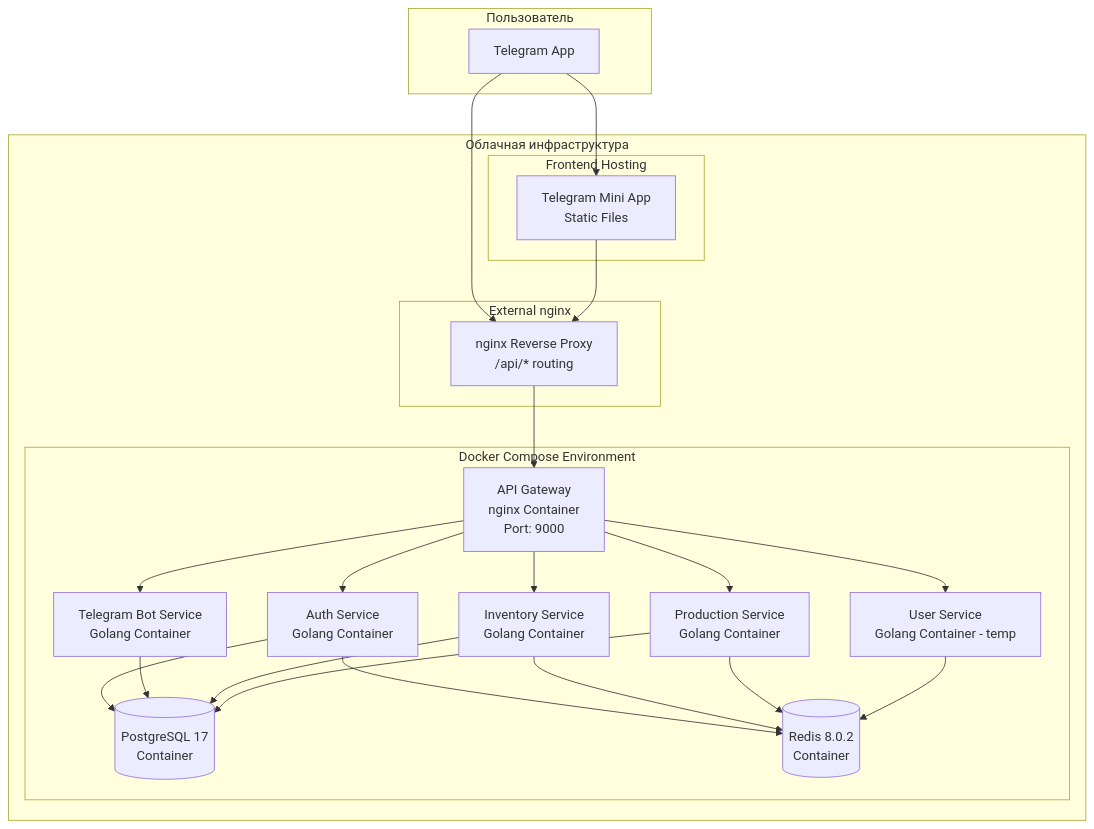
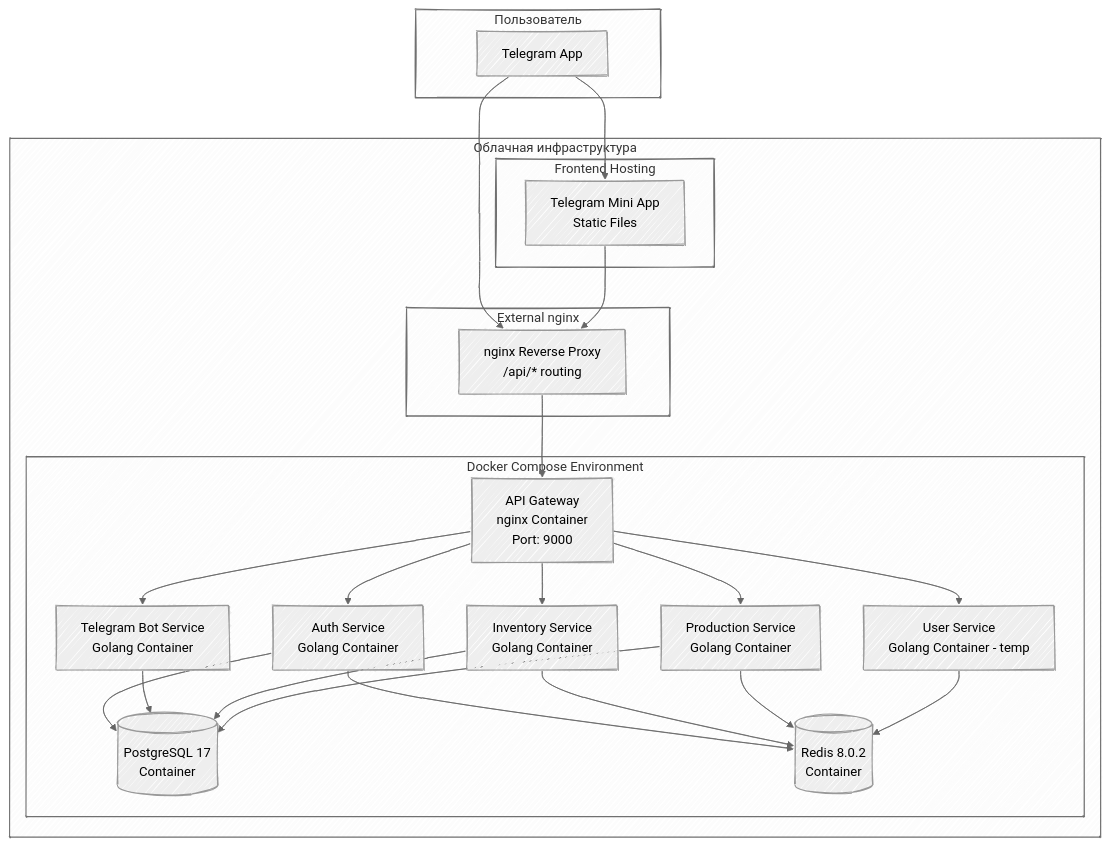
The second of 3 diagrams in docs/architecture/architecture.md (dpetrakov/shard_legends), drawn with Mermaid before and after one commit. The commit also changed other lines of this file and 9 other files, not shown here.

````diff
--- a/docs/architecture/architecture.md
+++ b/docs/architecture/architecture.md
@@ -328,46 +345,51 @@
 ```mermaid
+---
+config:
+  look: handDrawn
+  theme: neutral
+---
 graph TB
     subgraph "Пользователь"
         TG[Telegram App]
     end
     
     subgraph "Облачная инфраструктура"
         subgraph "External nginx"
             NGINX[nginx Reverse Proxy<br/>/api/* routing]
         end
         
         subgraph "Frontend Hosting"
             TMA[Telegram Mini App<br/>Static Files]
         end
         
         subgraph "Docker Compose Environment"
             GATEWAY[API Gateway<br/>nginx Container<br/>Port: 9000]
             AUTH[Auth Service<br/>Golang Container]
             BOT[Telegram Bot Service<br/>Golang Container]
             INVENTORY[Inventory Service<br/>Golang Container]
             PRODUCTION[Production Service<br/>Golang Container]
             USER[User Service<br/>Golang Container - temp]
             DB[(PostgreSQL 17<br/>Container)]
             CACHE[(Redis 8.0.2<br/>Container)]
             
             NGINX --> GATEWAY
             GATEWAY --> AUTH
             GATEWAY --> BOT
             GATEWAY --> INVENTORY
             GATEWAY --> PRODUCTION
             GATEWAY --> USER
             AUTH --> DB
             AUTH --> CACHE
             BOT --> DB
             INVENTORY --> DB
             INVENTORY --> CACHE
             PRODUCTION --> DB
             PRODUCTION --> CACHE
             USER --> CACHE
         end
     end
     
     TG --> NGINX
     TG --> TMA
     TMA --> NGINX
 ```
````
